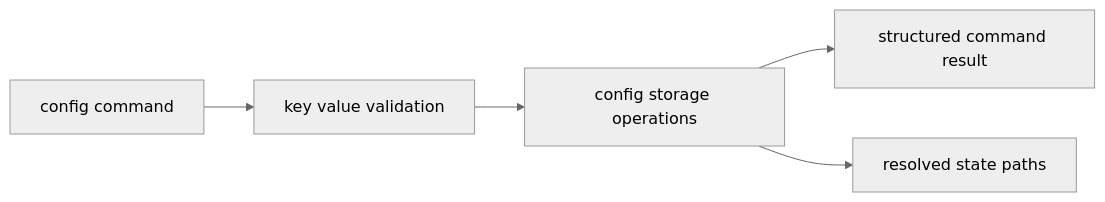
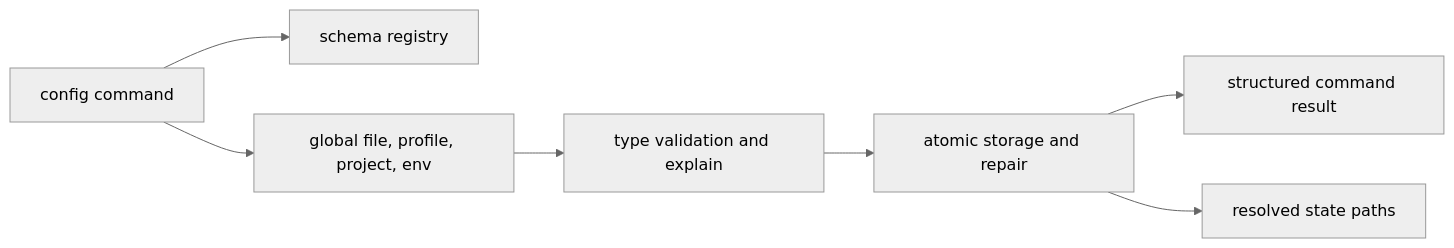
One commit to bijux/bijux-cli changed the diagram in docs/bijux-cli/interfaces/configuration-surface.md. Above: the diagram before and after it, drawn with Mermaid (neutral theme). The commit also changed other lines of this file and 2 other files, not shown here.

Commit message:
docs(cli): document layered config workflows

````diff
--- a/docs/bijux-cli/interfaces/configuration-surface.md
+++ b/docs/bijux-cli/interfaces/configuration-surface.md
@@ -17,7 +18,9 @@
 ```mermaid
 flowchart LR
-    command["config command"] --> validate["key value validation"]
-    validate --> storage["config storage operations"]
+    command["config command"] --> schema["schema registry"]
+    command --> layered["global file, profile, project, env"]
+    layered --> validate["type validation and explain"]
+    validate --> storage["atomic storage and repair"]
     storage --> result["structured command result"]
     storage --> paths["resolved state paths"]
 ```
````
